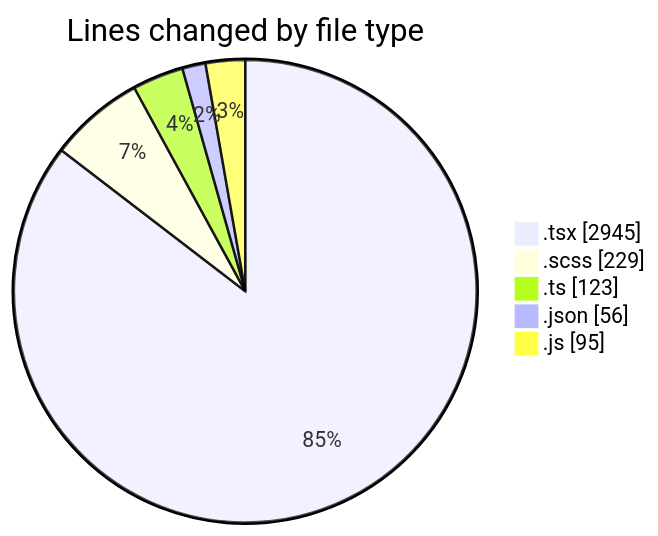
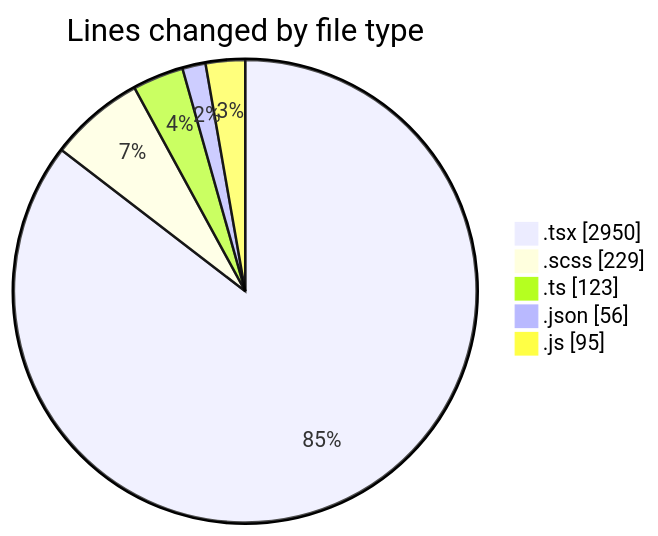
One commit to momahboobian/code-tracking changed the first of 2 diagrams in 2026-10-30/cda/README.md. Above: the diagram before and after it, drawn with Mermaid. The commit also changed other lines of this file and 1 other file, not shown here.

````diff
--- a/2026-10-30/cda/README.md
+++ b/2026-10-30/cda/README.md
@@ -41,9 +41,9 @@
 ```mermaid
 pie showData
 title Lines changed by file type
-".tsx" : 2945
+".tsx" : 2950
 ".scss" : 229
 ".ts" : 123
 ".json" : 56
 ".js" : 95
 ```
````
